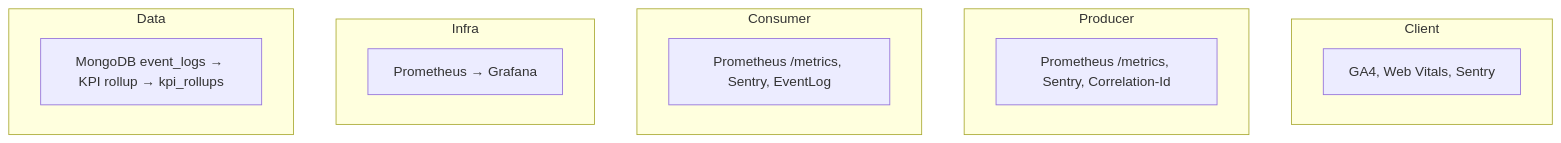
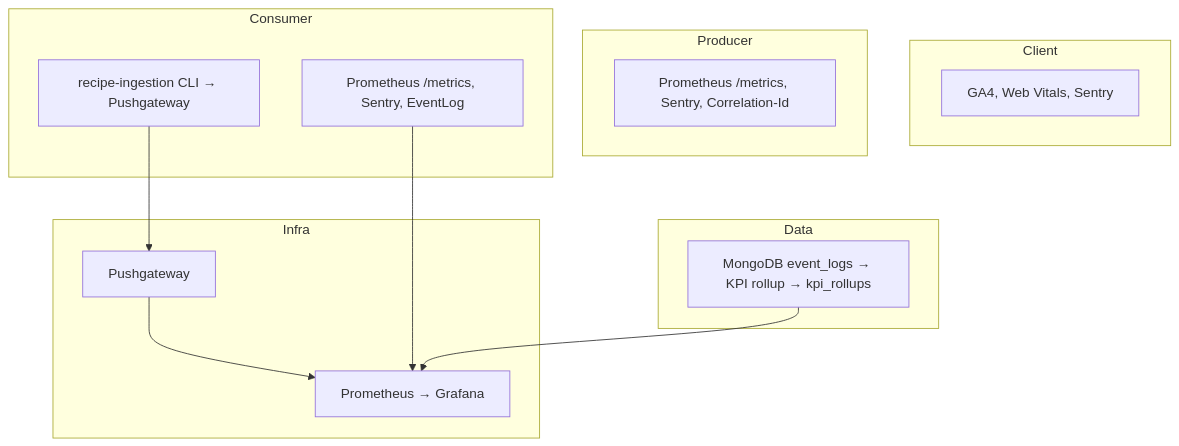
Before and after one commit to tkddnr1022/mealio: the diagram in docs/docs/other/observability.md, drawn with Mermaid. The commit also changed other lines of this file and 25 other files, not shown here.

First line of the commit message:
Feat: integrate Pushgateway for recipe ingestion CLI metrics

````diff
--- a/docs/docs/other/observability.md
+++ b/docs/docs/other/observability.md
@@ -11,18 +11,24 @@
 ```mermaid
 flowchart TB
     subgraph Client
         GA[GA4, Web Vitals, Sentry]
     end
     subgraph Producer
         PM[Prometheus /metrics, Sentry, Correlation-Id]
     end
     subgraph Consumer
         CM[Prometheus /metrics, Sentry, EventLog]
+        CLI[recipe-ingestion CLI → Pushgateway]
     end
     subgraph Infra
         PG[Prometheus → Grafana]
+        PGW[Pushgateway]
     end
     subgraph Data
         EL[MongoDB event_logs → KPI rollup → kpi_rollups]
     end
+    CLI --> PGW
+    PGW --> PG
+    CM --> PG
+    EL --> PG
 ```
````
